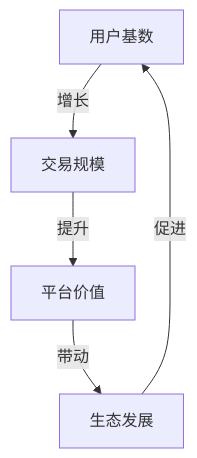
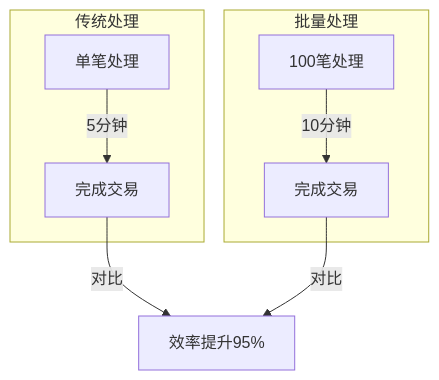
Before and after one commit to MEMEFANS/memefans: diagram 12 of 20 in docs/roi-analysis.md, drawn with Mermaid. The commit also changed other lines of this file and 21 other files, not shown here.

Commit message:
docs: update market strategy and technical details with comprehensive diagrams

````diff
--- a/docs/roi-analysis.md
+++ b/docs/roi-analysis.md
@@ -141,7 +161,11 @@
 ```mermaid
 graph TD
-    A[用户基数] -->|增长| B[交易规模]
-    B -->|提升| C[平台价值]
-    C -->|带动| D[生态发展]
-    D -->|促进| A
+    subgraph 传统处理
+        A1[单笔处理] -->|5分钟| B1[完成交易]
+    end
+    subgraph 批量处理
+        A2[100笔处理] -->|10分钟| B2[完成交易]
+    end
+    B1 -->|对比| C[效率提升95%]
+    B2 -->|对比| C
 ```
````
